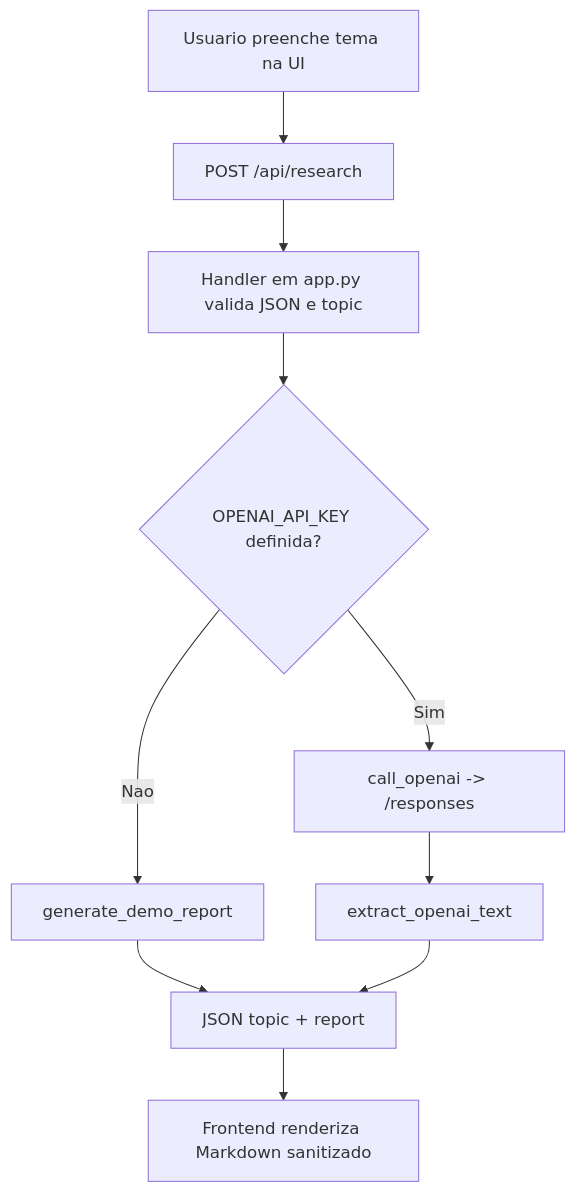
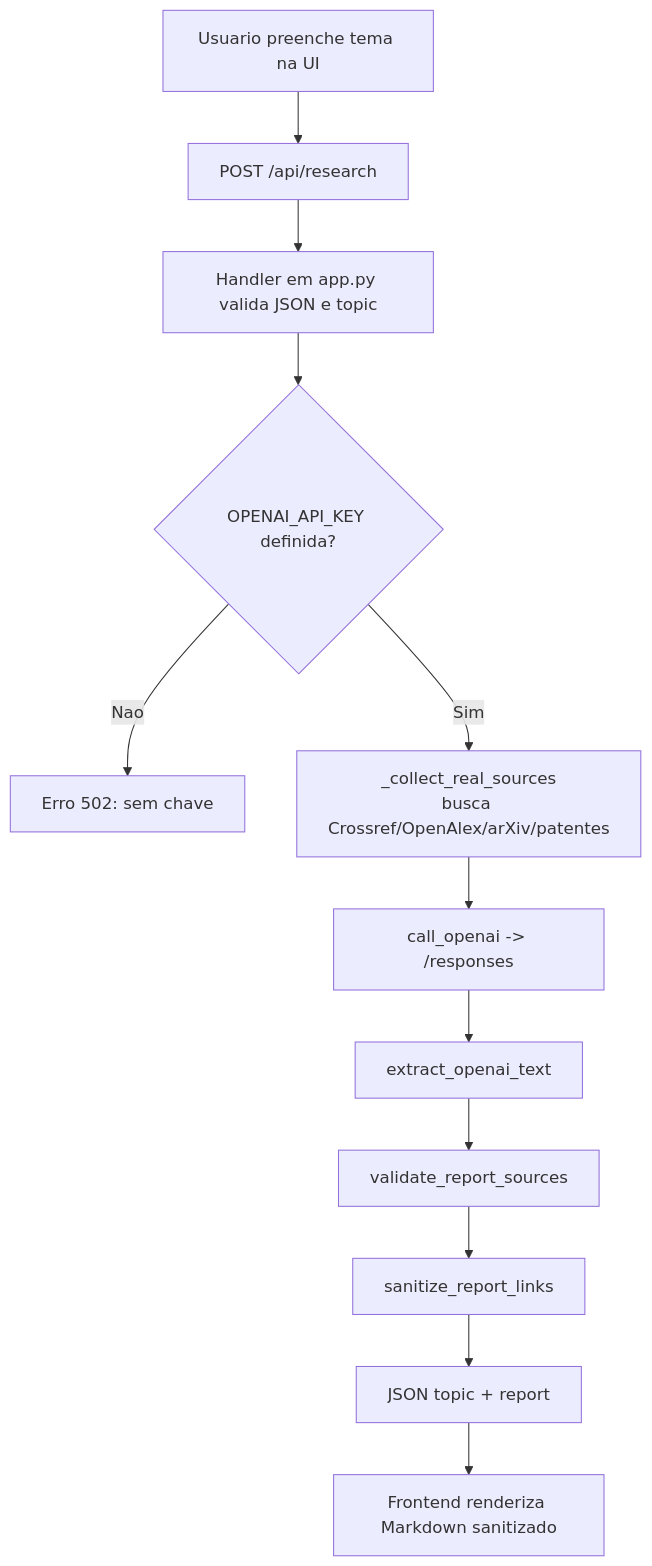
The diagram in .github/copilot-instructions.md (marcos2872/pesquisador_especialista), drawn with Mermaid before and after one commit. The commit also changed other lines of this file and 11 other files, not shown here.

````diff
--- a/.github/copilot-instructions.md
+++ b/.github/copilot-instructions.md
@@ -41,12 +50,14 @@
 ```mermaid
 flowchart TD
     A[Usuario preenche tema na UI] --> B[POST /api/research]
     B --> C[Handler em app.py valida JSON e topic]
     C --> D{OPENAI_API_KEY definida?}
-    D -- Nao --> E[generate_demo_report]
-    D -- Sim --> F[call_openai -> /responses]
-    F --> G[extract_openai_text]
-    E --> H[JSON topic + report]
-    G --> H
-    H --> I[Frontend renderiza Markdown sanitizado]
+    D -- Nao --> E[Erro 502: sem chave]
+    D -- Sim --> F[_collect_real_sources<br/>busca Crossref/OpenAlex/arXiv/patentes]
+    F --> G[call_openai -> /responses]
+    G --> H[extract_openai_text]
+    H --> I[validate_report_sources]
+    I --> J[sanitize_report_links]
+    J --> K[JSON topic + report]
+    K --> L[Frontend renderiza Markdown sanitizado]
 ```
````
